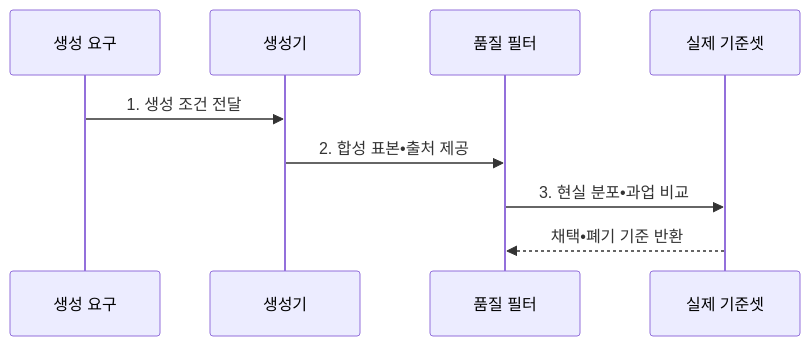
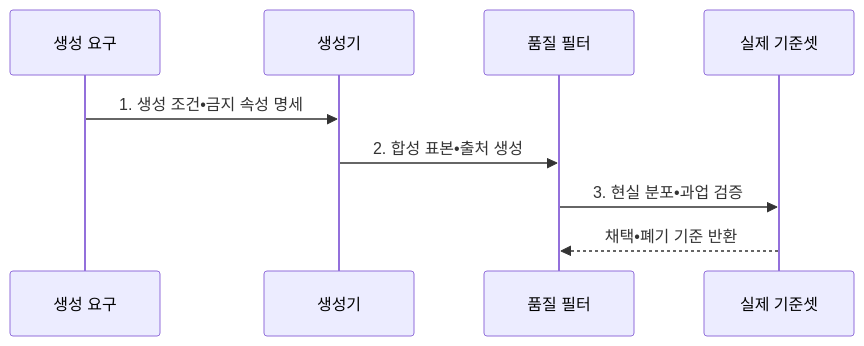
The second of 2 diagrams in src/content/docs/notes/08-latest-tech/068_synthetic_data.md (agnusdei1207/knowledge-base), drawn with Mermaid before and after one commit. The commit also changed other lines of this file and 17 other files, not shown here.

````diff
--- a/src/content/docs/notes/08-latest-tech/068_synthetic_data.md
+++ b/src/content/docs/notes/08-latest-tech/068_synthetic_data.md
@@ -104,11 +104,11 @@
 ```mermaid
 sequenceDiagram
     participant R as 생성 요구
     participant G as 생성기
     participant F as 품질 필터
     participant A as 실제 기준셋
-    R->>G: 1. 생성 조건 전달
-    G->>F: 2. 합성 표본•출처 제공
-    F->>A: 3. 현실 분포•과업 비교
+    R->>G: 1. 생성 조건•금지 속성 명세
+    G->>F: 2. 합성 표본•출처 생성
+    F->>A: 3. 현실 분포•과업 검증
     A-->>F: 채택•폐기 기준 반환
 ```
````
